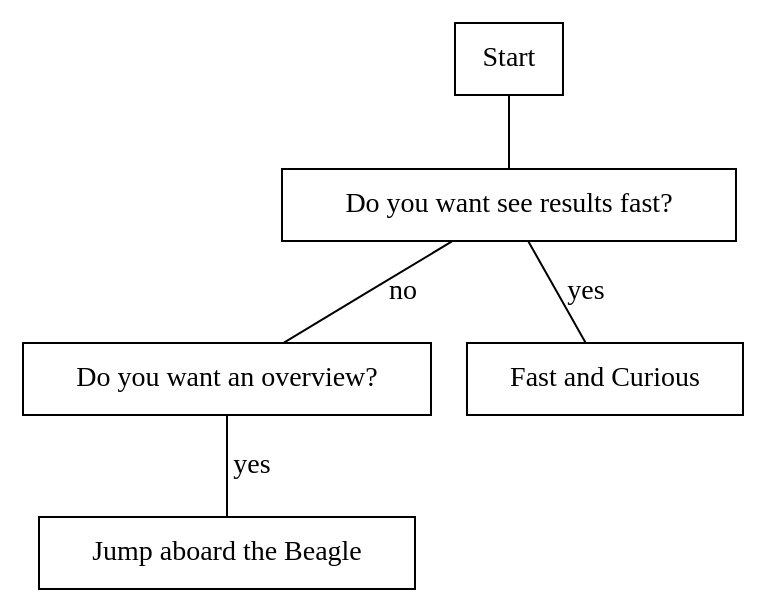
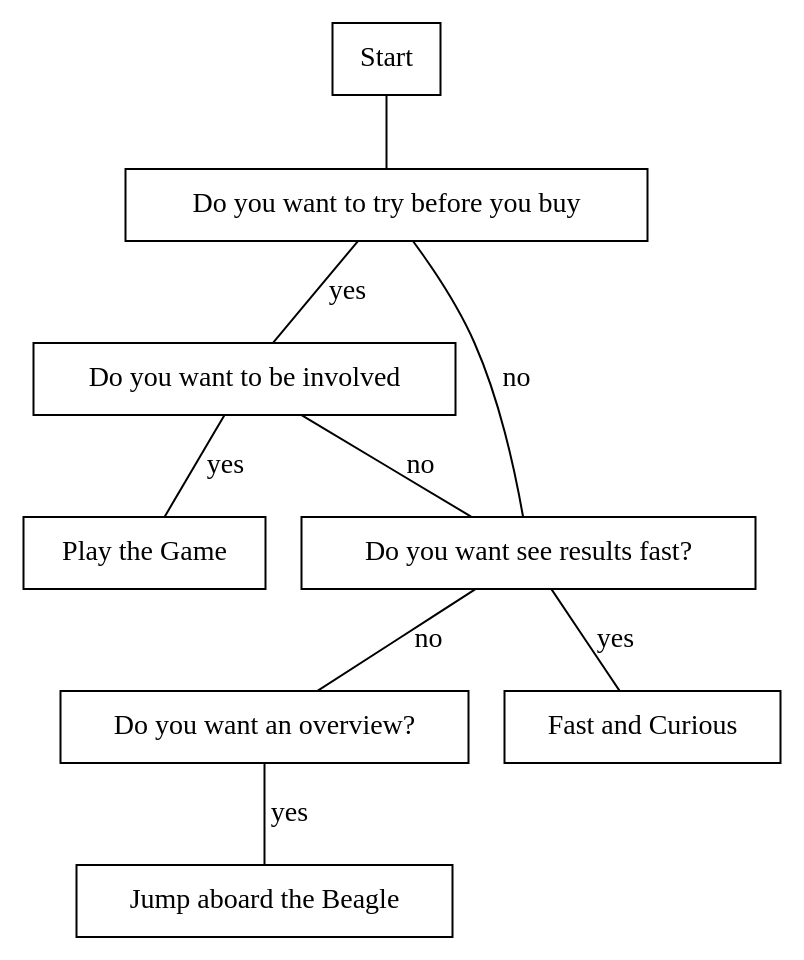
Before and after one commit to darwins-challenge/fly-me-to-the-moon: the diagram in graphviz/flowchart.dot, drawn with Graphviz. The commit also changed 1 other file, not shown here.

Commit message:
Add some more chapters in flowchart

```diff
--- a/graphviz/flowchart.dot
+++ b/graphviz/flowchart.dot
@@ -1,15 +1,22 @@
 strict graph {
        node [ shape = rectangle ]
 
        start [ label = "Start" ]
+       try [ label = "Do you want to try before you buy" ]
+       involved [ label = "Do you want to be involved" ]
        gofast [ label = "Do you want see results fast?" ]
        overview [ label = "Do you want an overview?" ] 
 
        beagle [ label = "Jump aboard the Beagle" ]
+       play [ label = "Play the Game" ]
        fast [ label = "Fast and Curious" ]
 
-       start -- gofast
+       start -- try
+       try -- gofast [ label = "no" ]
+       try -- involved [ label = "yes" ]
+       involved -- gofast [ label = "no" ]
+       involved -- play [ label = "yes" ]
        gofast -- fast [ label = "yes" ]
        gofast -- overview [ label = "no" ]
        overview -- beagle [ label = "yes" ]
 }
```
